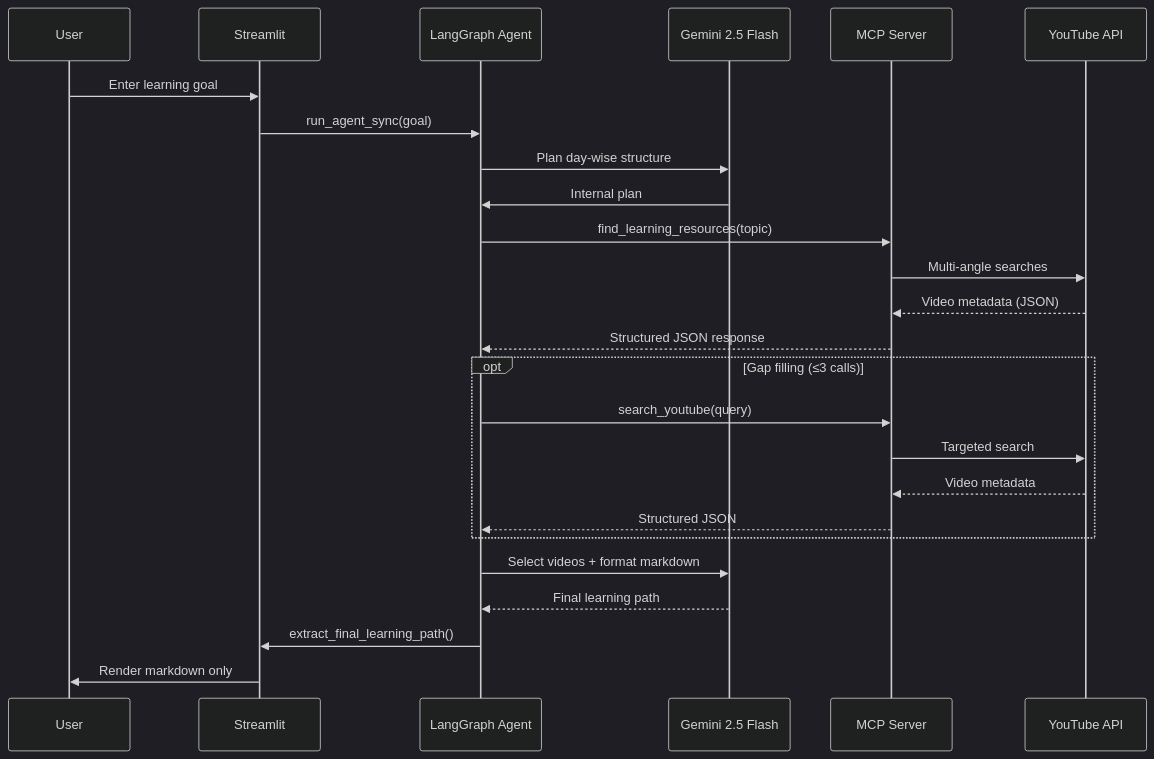
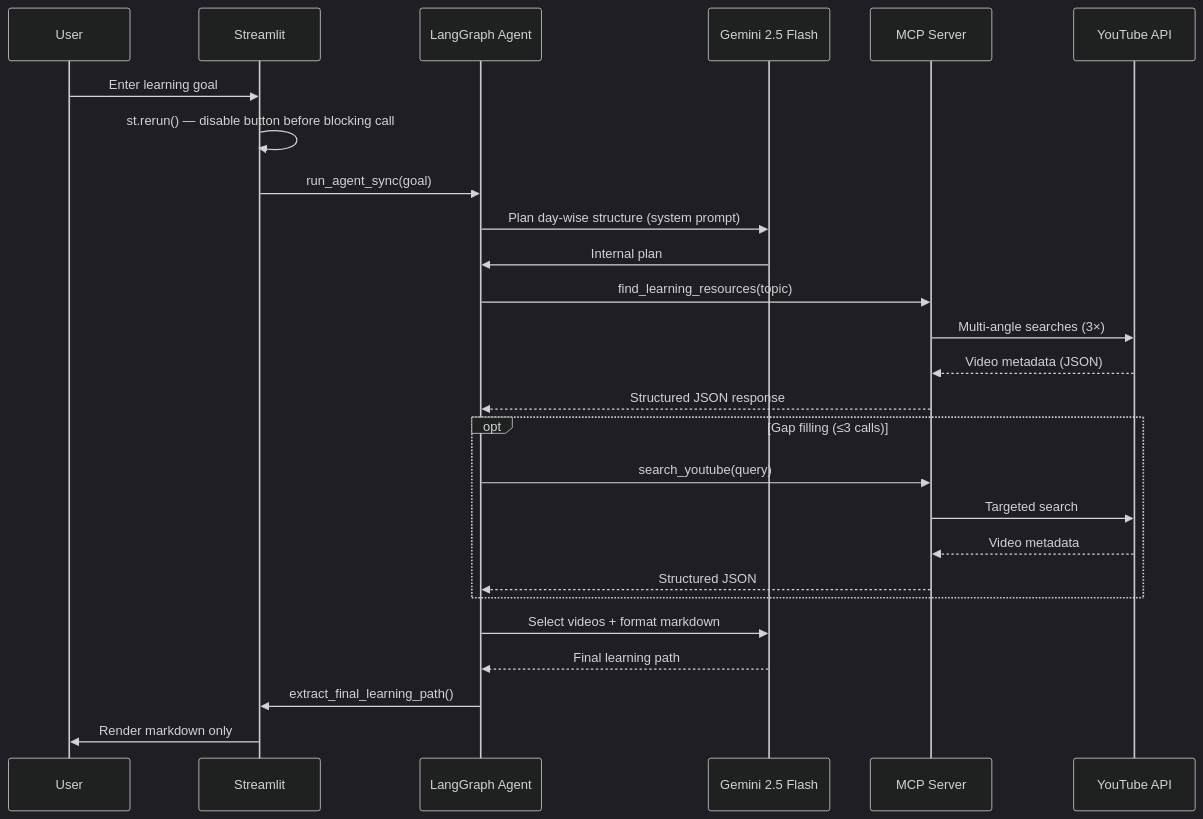
One commit to irfanhabeeb-002/MCP_Learning_path_generator changed the second of 2 diagrams in README.md. Above: the diagram before and after it, drawn with Mermaid (dark theme). The commit also changed other lines of this file and 5 other files, not shown here.

````diff
--- a/README.md
+++ b/README.md
@@ -232,28 +244,29 @@
 ```mermaid
 sequenceDiagram
     participant U as User
     participant S as Streamlit
     participant A as LangGraph Agent
     participant G as Gemini 2.5 Flash
     participant M as MCP Server
     participant Y as YouTube API
 
     U->>S: Enter learning goal
+    S->>S: st.rerun() — disable button before blocking call
     S->>A: run_agent_sync(goal)
-    A->>G: Plan day-wise structure
+    A->>G: Plan day-wise structure (system prompt)
     G->>A: Internal plan
     A->>M: find_learning_resources(topic)
-    M->>Y: Multi-angle searches
+    M->>Y: Multi-angle searches (3×)
     Y-->>M: Video metadata (JSON)
     M-->>A: Structured JSON response
     opt Gap filling (≤3 calls)
         A->>M: search_youtube(query)
         M->>Y: Targeted search
         Y-->>M: Video metadata
         M-->>A: Structured JSON
     end
     A->>G: Select videos + format markdown
     G-->>A: Final learning path
     A->>S: extract_final_learning_path()
     S->>U: Render markdown only
 ```
````
